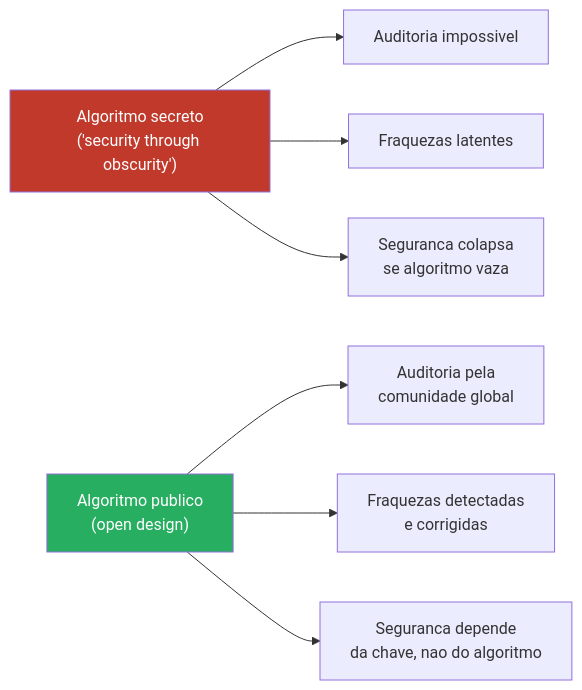
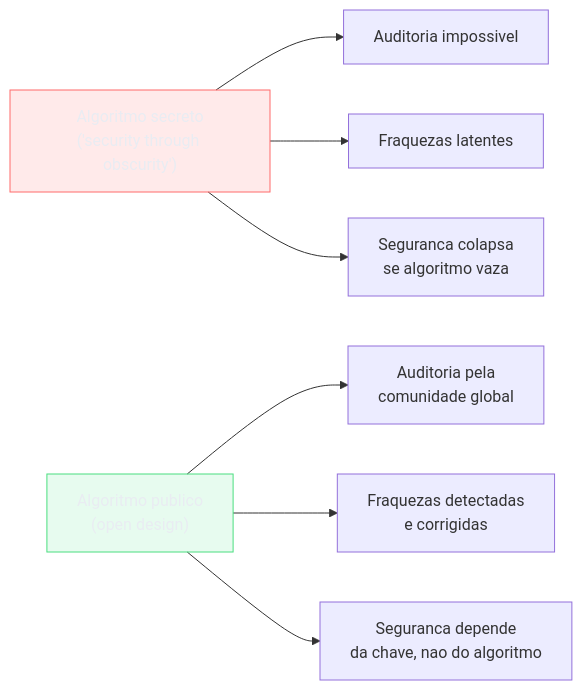
One commit to josenaldo/codex-technomanticus changed the third of 7 diagrams in 03-Dominios/Engenharia/Segurança/04 - Princípios de design seguro.md. Above: the diagram before and after it, drawn with Mermaid. The commit also changed other lines of this file and 1181 other files, not shown here.

First line of the commit message:
fix(diagramas): paleta do sistema no lugar de cor cravada no markdown

````diff
--- a/03-Dominios/Engenharia/Segurança/04 - Princípios de design seguro.md
+++ b/03-Dominios/Engenharia/Segurança/04 - Princípios de design seguro.md
@@ -146,16 +148,18 @@
 ```mermaid
 flowchart LR
+    classDef falha fill:#FF6B6B24,stroke:#FF6B6B,color:#E9ECF2
+    classDef ok fill:#4ADE8021,stroke:#4ADE80,color:#E9ECF2
     A["Algoritmo secreto\n('security through obscurity')"]
     B["Algoritmo publico\n(open design)"]
 
     A --> A1["Auditoria impossivel"]
     A --> A2["Fraquezas latentes"]
     A --> A3["Seguranca colapsa\nse algoritmo vaza"]
 
     B --> B1["Auditoria pela\ncomunidade global"]
     B --> B2["Fraquezas detectadas\ne corrigidas"]
     B --> B3["Seguranca depende\nda chave, nao do algoritmo"]
 
-    style A fill:#c0392b,color:#fff
-    style B fill:#27ae60,color:#fff
+    class A falha
+    class B ok
 ```
````
